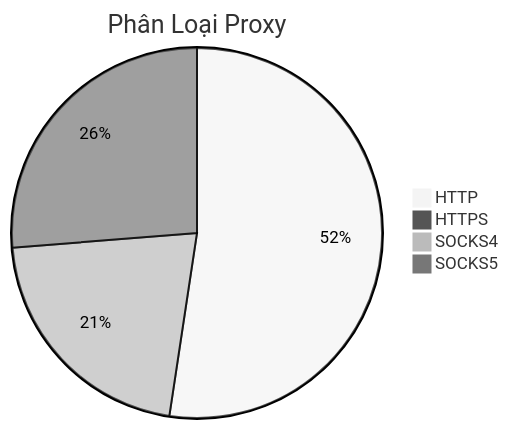
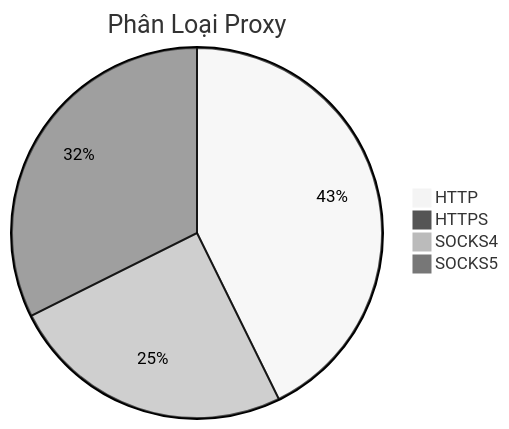
The diagram in README.md (Ciara-12/PROXY-free), drawn with Mermaid (neutral theme) before and after one commit. The commit also changed other lines of this file and 4 other files, not shown here.

````diff
--- a/README.md
+++ b/README.md
@@ -26,7 +26,7 @@
 ```mermaid
 pie title Phân Loại Proxy
-    "HTTP" : 746
-    "HTTPS" : 2
-    "SOCKS4" : 304
-    "SOCKS5" : 374
+    "HTTP" : 504
+    "HTTPS" : 1
+    "SOCKS4" : 294
+    "SOCKS5" : 382
 ```
````
